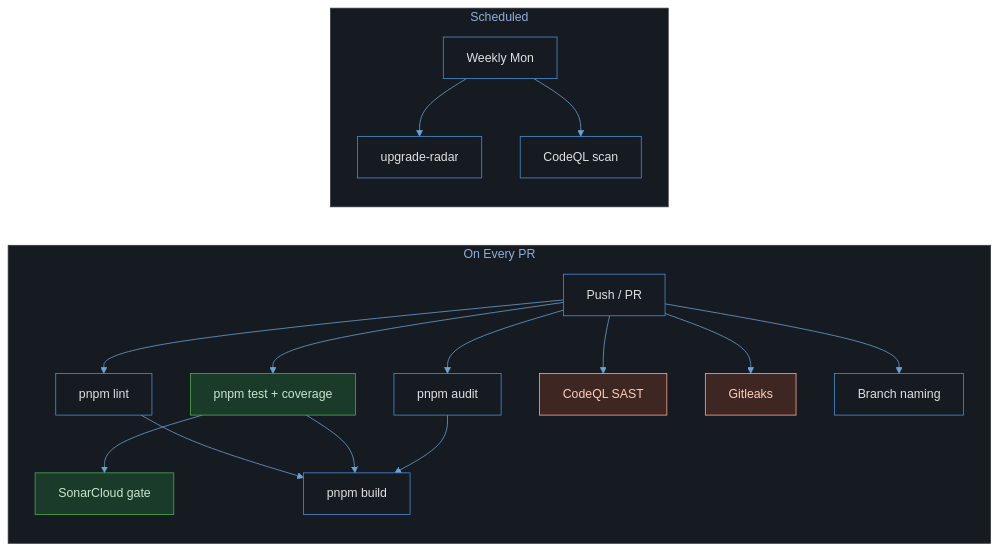
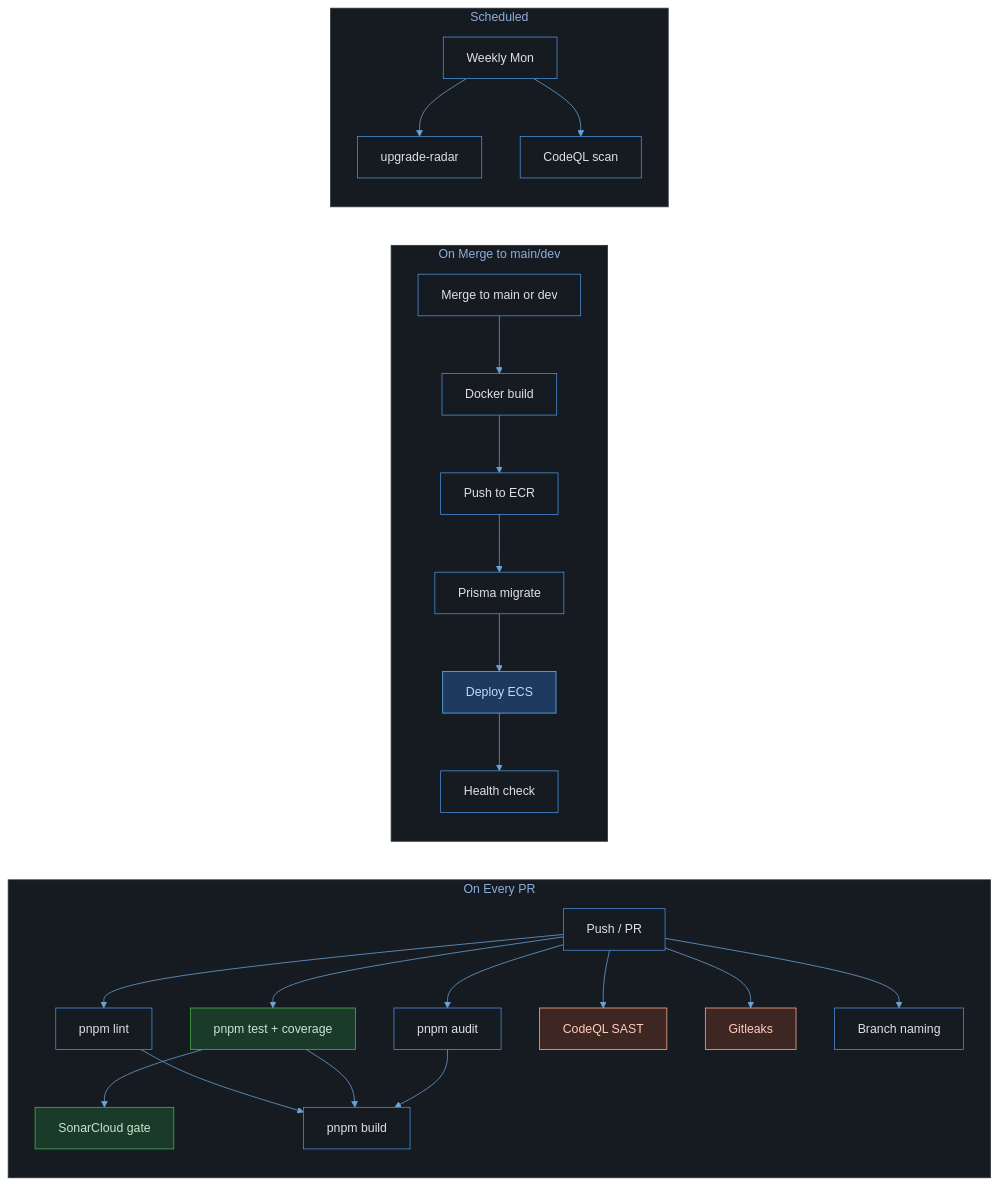
One commit to BrunoRodolpho/ibatexas changed the fifth of 5 diagrams in docs/architecture/README.md. Above: the diagram before and after it, drawn with Mermaid. The commit also changed other lines of this file, not shown here.

First line of the commit message:
docs(arch): merge deploy diagrams into single pipeline in CI/CD

````diff
--- a/docs/architecture/README.md
+++ b/docs/architecture/README.md
@@ -263,24 +263,29 @@
 ```mermaid
 %%{init: {'theme': 'base', 'themeVariables': {'primaryColor': '#1e3a5f', 'primaryTextColor': '#e0e0e0', 'primaryBorderColor': '#4a90d9', 'lineColor': '#6ba3d6', 'background': '#0d1117', 'mainBkg': '#161b22', 'clusterBkg': '#161b22', 'clusterBorder': '#30363d'}}}%%
 flowchart LR
   subgraph PR["On Every PR"]
     PUSH[Push / PR] --> LINT[pnpm lint]
     PUSH --> TEST[pnpm test + coverage]
     PUSH --> AUDIT[pnpm audit]
     PUSH --> CODEQL[CodeQL SAST]
     PUSH --> SECRETS[Gitleaks]
     PUSH --> BRANCH[Branch naming]
     TEST --> SONAR[SonarCloud gate]
     LINT & TEST & AUDIT --> BUILD[pnpm build]
   end
 
+  subgraph DEPLOY["On Merge to main/dev"]
+    MERGE["Merge to main or dev"] --> D1[Docker build] --> D2[Push to ECR] --> D3[Prisma migrate] --> D4["Deploy ECS"] --> D5[Health check]
+  end
+
   subgraph CRON["Scheduled"]
     W[Weekly Mon] --> U[upgrade-radar]
     W --> CQ[CodeQL scan]
   end
 
   style TEST fill:#1a3a2a,stroke:#4caf50,color:#c8e6c9
   style SONAR fill:#1a3a2a,stroke:#4caf50,color:#c8e6c9
   style CODEQL fill:#3e2723,stroke:#ffab91,color:#ffccbc
   style SECRETS fill:#3e2723,stroke:#ffab91,color:#ffccbc
+  style D4 fill:#1e3a5f,stroke:#64b5f6,color:#bbdefb
 ```
````
